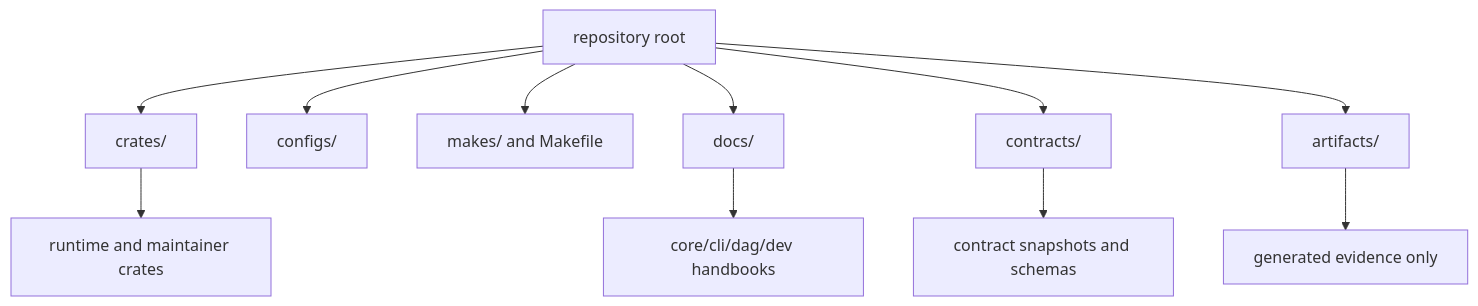
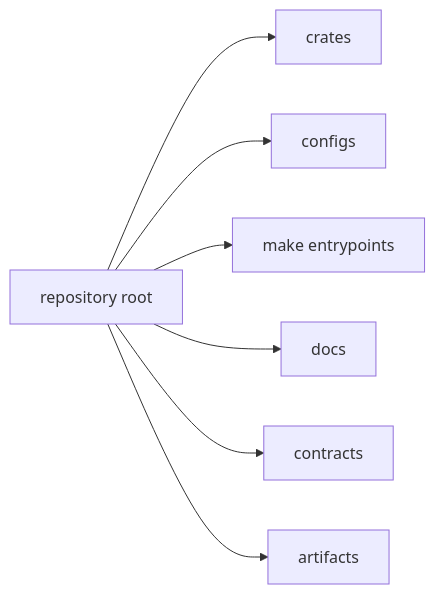
Before and after one commit to bijux/bijux-cli: the diagram in docs/bijux-core/architecture/workspace-topology.md, drawn with Mermaid. The commit also changed other lines of this file, not shown here.

Commit message:
docs(core-architecture): clarify workspace topology

````diff
--- a/docs/bijux-core/architecture/workspace-topology.md
+++ b/docs/bijux-core/architecture/workspace-topology.md
@@ -17,15 +20,9 @@
 ```mermaid
-flowchart TD
-    root[repository root]
-    root --> crates[crates/]
-    root --> configs[configs/]
-    root --> makes[makes/ and Makefile]
-    root --> docs[docs/]
-    root --> contracts[contracts/]
-    root --> artifacts[artifacts/]
-
-    crates --> runtime[runtime and maintainer crates]
-    docs --> programs[core/cli/dag/dev handbooks]
-    contracts --> api[contract snapshots and schemas]
-    artifacts --> generated[generated evidence only]
+flowchart LR
+    root["repository root"] --> crates["crates"]
+    root --> configs["configs"]
+    root --> makes["make entrypoints"]
+    root --> docs["docs"]
+    root --> contracts["contracts"]
+    root --> artifacts["artifacts"]
 ```
````
